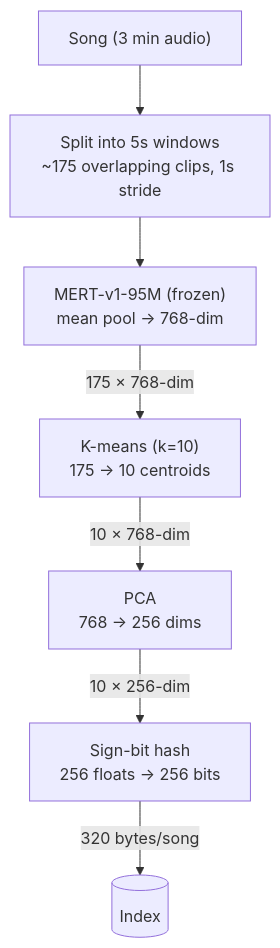
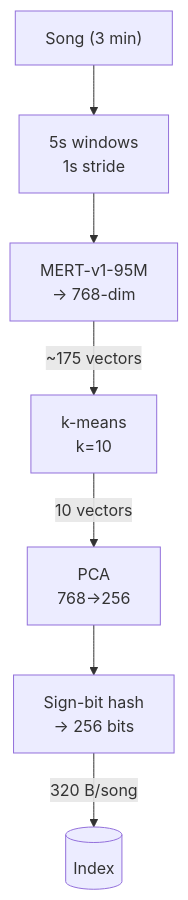
Before and after one commit to alainbrown/musicprint: the first of 4 diagrams in PAPER.md, drawn with Mermaid. The commit also changed other lines of this file, not shown here.

````diff
--- a/PAPER.md
+++ b/PAPER.md
@@ -63,9 +93,9 @@
 ```mermaid
 graph TD
-    A["Song (3 min audio)"] --> B["Split into 5s windows\n~175 overlapping clips, 1s stride"]
-    B --> C["MERT-v1-95M (frozen)\nmean pool → 768-dim"]
-    C -->|"175 × 768-dim"| D["K-means (k=10)\n175 → 10 centroids"]
-    D -->|"10 × 768-dim"| E["PCA\n768 → 256 dims"]
-    E -->|"10 × 256-dim"| F["Sign-bit hash\n256 floats → 256 bits"]
-    F -->|"320 bytes/song"| G[("Index")]
+    A["Song (3 min)"] --> B["5s windows\n1s stride"]
+    B --> C["MERT-v1-95M\n→ 768-dim"]
+    C -->|"~175 vectors"| D["k-means\nk=10"]
+    D -->|"10 vectors"| E["PCA\n768→256"]
+    E --> F["Sign-bit hash\n→ 256 bits"]
+    F -->|"320 B/song"| G[("Index")]
 ```
````
